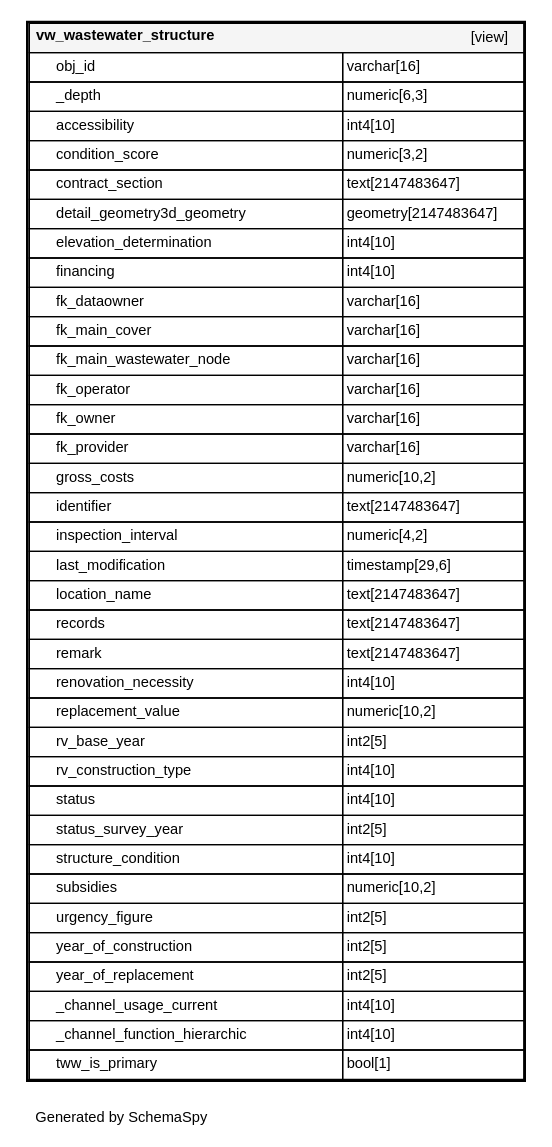
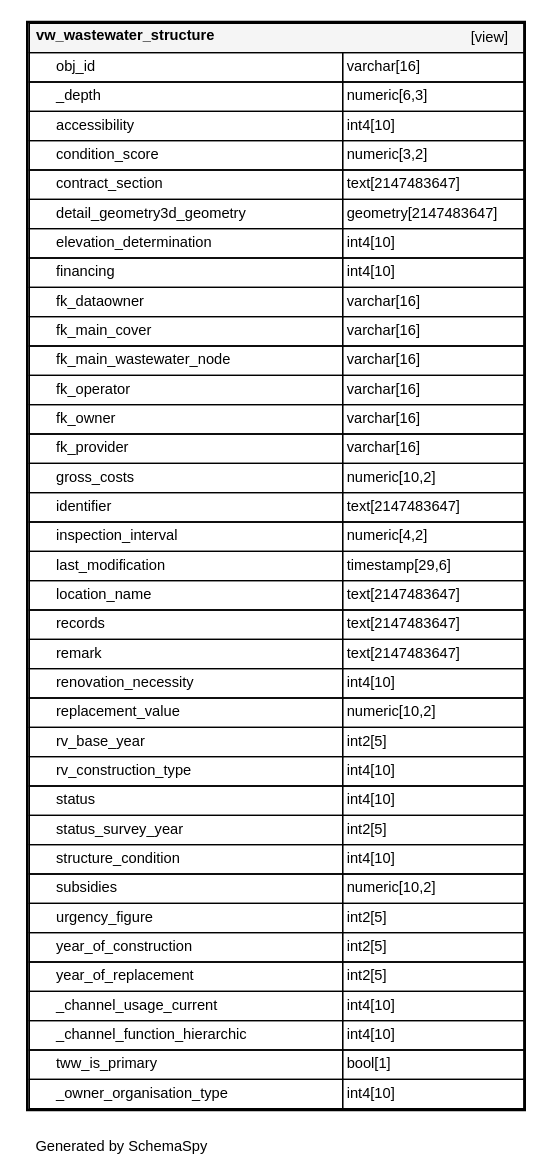
The diagram in de/_static/datamodel/tww_app/diagrams/tables/vw_wastewater_structure.1degree.dot (teksi/wastewater), drawn with Graphviz before and after one commit. The commit also changed 269 other files, not shown here.

```diff
--- a/de/_static/datamodel/tww_app/diagrams/tables/vw_wastewater_structure.1degree.dot
+++ b/de/_static/datamodel/tww_app/diagrams/tables/vw_wastewater_structure.1degree.dot
@@ -1,47 +1,48 @@
 digraph "oneDegreeRelationshipsDiagram" {
   graph [    rankdir="RL"    bgcolor="#ffffff"    label="\nGenerated by SchemaSpy"    labeljust="l"    nodesep="0.18"    ranksep="0.46"    fontname="Helvetica"    fontsize="11"    packmode="graph"  ];  node [    fontname="Helvetica"    fontsize="11"    shape="plaintext"  ];  edge [    arrowsize="0.8"  ];
   "vw_wastewater_structure" [
    label=<
     <TABLE BORDER="2" CELLBORDER="1" CELLSPACING="0" BGCOLOR="#ffffff">
       <TR><TD COLSPAN="4"  BGCOLOR="#f5f5f5"><TABLE BORDER="0" CELLSPACING="0"><TR><TD ALIGN="LEFT" FIXEDSIZE="TRUE" WIDTH="187" HEIGHT="16"><B>vw_wastewater_structure</B></TD><TD ALIGN="RIGHT">[view]</TD></TR></TABLE></TD></TR>
       <TR><TD PORT="obj_id" COLSPAN="2" ALIGN="LEFT"><TABLE BORDER="0" CELLSPACING="0" ALIGN="LEFT"><TR ALIGN="LEFT"><TD ALIGN="LEFT" FIXEDSIZE="TRUE" WIDTH="15" HEIGHT="16"></TD><TD ALIGN="LEFT" FIXEDSIZE="TRUE" WIDTH="214" HEIGHT="16">obj_id</TD></TR></TABLE></TD><TD PORT="obj_id.type" ALIGN="LEFT">varchar[16]</TD></TR>
       <TR><TD PORT="_depth" COLSPAN="2" ALIGN="LEFT"><TABLE BORDER="0" CELLSPACING="0" ALIGN="LEFT"><TR ALIGN="LEFT"><TD ALIGN="LEFT" FIXEDSIZE="TRUE" WIDTH="15" HEIGHT="16"></TD><TD ALIGN="LEFT" FIXEDSIZE="TRUE" WIDTH="214" HEIGHT="16">_depth</TD></TR></TABLE></TD><TD PORT="_depth.type" ALIGN="LEFT">numeric[6,3]</TD></TR>
       <TR><TD PORT="accessibility" COLSPAN="2" ALIGN="LEFT"><TABLE BORDER="0" CELLSPACING="0" ALIGN="LEFT"><TR ALIGN="LEFT"><TD ALIGN="LEFT" FIXEDSIZE="TRUE" WIDTH="15" HEIGHT="16"></TD><TD ALIGN="LEFT" FIXEDSIZE="TRUE" WIDTH="214" HEIGHT="16">accessibility</TD></TR></TABLE></TD><TD PORT="accessibility.type" ALIGN="LEFT">int4[10]</TD></TR>
       <TR><TD PORT="condition_score" COLSPAN="2" ALIGN="LEFT"><TABLE BORDER="0" CELLSPACING="0" ALIGN="LEFT"><TR ALIGN="LEFT"><TD ALIGN="LEFT" FIXEDSIZE="TRUE" WIDTH="15" HEIGHT="16"></TD><TD ALIGN="LEFT" FIXEDSIZE="TRUE" WIDTH="214" HEIGHT="16">condition_score</TD></TR></TABLE></TD><TD PORT="condition_score.type" ALIGN="LEFT">numeric[3,2]</TD></TR>
       <TR><TD PORT="contract_section" COLSPAN="2" ALIGN="LEFT"><TABLE BORDER="0" CELLSPACING="0" ALIGN="LEFT"><TR ALIGN="LEFT"><TD ALIGN="LEFT" FIXEDSIZE="TRUE" WIDTH="15" HEIGHT="16"></TD><TD ALIGN="LEFT" FIXEDSIZE="TRUE" WIDTH="214" HEIGHT="16">contract_section</TD></TR></TABLE></TD><TD PORT="contract_section.type" ALIGN="LEFT">text[2147483647]</TD></TR>
       <TR><TD PORT="detail_geometry3d_geometry" COLSPAN="2" ALIGN="LEFT"><TABLE BORDER="0" CELLSPACING="0" ALIGN="LEFT"><TR ALIGN="LEFT"><TD ALIGN="LEFT" FIXEDSIZE="TRUE" WIDTH="15" HEIGHT="16"></TD><TD ALIGN="LEFT" FIXEDSIZE="TRUE" WIDTH="214" HEIGHT="16">detail_geometry3d_geometry</TD></TR></TABLE></TD><TD PORT="detail_geometry3d_geometry.type" ALIGN="LEFT">geometry[2147483647]</TD></TR>
       <TR><TD PORT="elevation_determination" COLSPAN="2" ALIGN="LEFT"><TABLE BORDER="0" CELLSPACING="0" ALIGN="LEFT"><TR ALIGN="LEFT"><TD ALIGN="LEFT" FIXEDSIZE="TRUE" WIDTH="15" HEIGHT="16"></TD><TD ALIGN="LEFT" FIXEDSIZE="TRUE" WIDTH="214" HEIGHT="16">elevation_determination</TD></TR></TABLE></TD><TD PORT="elevation_determination.type" ALIGN="LEFT">int4[10]</TD></TR>
       <TR><TD PORT="financing" COLSPAN="2" ALIGN="LEFT"><TABLE BORDER="0" CELLSPACING="0" ALIGN="LEFT"><TR ALIGN="LEFT"><TD ALIGN="LEFT" FIXEDSIZE="TRUE" WIDTH="15" HEIGHT="16"></TD><TD ALIGN="LEFT" FIXEDSIZE="TRUE" WIDTH="214" HEIGHT="16">financing</TD></TR></TABLE></TD><TD PORT="financing.type" ALIGN="LEFT">int4[10]</TD></TR>
       <TR><TD PORT="fk_dataowner" COLSPAN="2" ALIGN="LEFT"><TABLE BORDER="0" CELLSPACING="0" ALIGN="LEFT"><TR ALIGN="LEFT"><TD ALIGN="LEFT" FIXEDSIZE="TRUE" WIDTH="15" HEIGHT="16"></TD><TD ALIGN="LEFT" FIXEDSIZE="TRUE" WIDTH="214" HEIGHT="16">fk_dataowner</TD></TR></TABLE></TD><TD PORT="fk_dataowner.type" ALIGN="LEFT">varchar[16]</TD></TR>
       <TR><TD PORT="fk_main_cover" COLSPAN="2" ALIGN="LEFT"><TABLE BORDER="0" CELLSPACING="0" ALIGN="LEFT"><TR ALIGN="LEFT"><TD ALIGN="LEFT" FIXEDSIZE="TRUE" WIDTH="15" HEIGHT="16"></TD><TD ALIGN="LEFT" FIXEDSIZE="TRUE" WIDTH="214" HEIGHT="16">fk_main_cover</TD></TR></TABLE></TD><TD PORT="fk_main_cover.type" ALIGN="LEFT">varchar[16]</TD></TR>
       <TR><TD PORT="fk_main_wastewater_node" COLSPAN="2" ALIGN="LEFT"><TABLE BORDER="0" CELLSPACING="0" ALIGN="LEFT"><TR ALIGN="LEFT"><TD ALIGN="LEFT" FIXEDSIZE="TRUE" WIDTH="15" HEIGHT="16"></TD><TD ALIGN="LEFT" FIXEDSIZE="TRUE" WIDTH="214" HEIGHT="16">fk_main_wastewater_node</TD></TR></TABLE></TD><TD PORT="fk_main_wastewater_node.type" ALIGN="LEFT">varchar[16]</TD></TR>
       <TR><TD PORT="fk_operator" COLSPAN="2" ALIGN="LEFT"><TABLE BORDER="0" CELLSPACING="0" ALIGN="LEFT"><TR ALIGN="LEFT"><TD ALIGN="LEFT" FIXEDSIZE="TRUE" WIDTH="15" HEIGHT="16"></TD><TD ALIGN="LEFT" FIXEDSIZE="TRUE" WIDTH="214" HEIGHT="16">fk_operator</TD></TR></TABLE></TD><TD PORT="fk_operator.type" ALIGN="LEFT">varchar[16]</TD></TR>
       <TR><TD PORT="fk_owner" COLSPAN="2" ALIGN="LEFT"><TABLE BORDER="0" CELLSPACING="0" ALIGN="LEFT"><TR ALIGN="LEFT"><TD ALIGN="LEFT" FIXEDSIZE="TRUE" WIDTH="15" HEIGHT="16"></TD><TD ALIGN="LEFT" FIXEDSIZE="TRUE" WIDTH="214" HEIGHT="16">fk_owner</TD></TR></TABLE></TD><TD PORT="fk_owner.type" ALIGN="LEFT">varchar[16]</TD></TR>
       <TR><TD PORT="fk_provider" COLSPAN="2" ALIGN="LEFT"><TABLE BORDER="0" CELLSPACING="0" ALIGN="LEFT"><TR ALIGN="LEFT"><TD ALIGN="LEFT" FIXEDSIZE="TRUE" WIDTH="15" HEIGHT="16"></TD><TD ALIGN="LEFT" FIXEDSIZE="TRUE" WIDTH="214" HEIGHT="16">fk_provider</TD></TR></TABLE></TD><TD PORT="fk_provider.type" ALIGN="LEFT">varchar[16]</TD></TR>
       <TR><TD PORT="gross_costs" COLSPAN="2" ALIGN="LEFT"><TABLE BORDER="0" CELLSPACING="0" ALIGN="LEFT"><TR ALIGN="LEFT"><TD ALIGN="LEFT" FIXEDSIZE="TRUE" WIDTH="15" HEIGHT="16"></TD><TD ALIGN="LEFT" FIXEDSIZE="TRUE" WIDTH="214" HEIGHT="16">gross_costs</TD></TR></TABLE></TD><TD PORT="gross_costs.type" ALIGN="LEFT">numeric[10,2]</TD></TR>
       <TR><TD PORT="identifier" COLSPAN="2" ALIGN="LEFT"><TABLE BORDER="0" CELLSPACING="0" ALIGN="LEFT"><TR ALIGN="LEFT"><TD ALIGN="LEFT" FIXEDSIZE="TRUE" WIDTH="15" HEIGHT="16"></TD><TD ALIGN="LEFT" FIXEDSIZE="TRUE" WIDTH="214" HEIGHT="16">identifier</TD></TR></TABLE></TD><TD PORT="identifier.type" ALIGN="LEFT">text[2147483647]</TD></TR>
       <TR><TD PORT="inspection_interval" COLSPAN="2" ALIGN="LEFT"><TABLE BORDER="0" CELLSPACING="0" ALIGN="LEFT"><TR ALIGN="LEFT"><TD ALIGN="LEFT" FIXEDSIZE="TRUE" WIDTH="15" HEIGHT="16"></TD><TD ALIGN="LEFT" FIXEDSIZE="TRUE" WIDTH="214" HEIGHT="16">inspection_interval</TD></TR></TABLE></TD><TD PORT="inspection_interval.type" ALIGN="LEFT">numeric[4,2]</TD></TR>
       <TR><TD PORT="last_modification" COLSPAN="2" ALIGN="LEFT"><TABLE BORDER="0" CELLSPACING="0" ALIGN="LEFT"><TR ALIGN="LEFT"><TD ALIGN="LEFT" FIXEDSIZE="TRUE" WIDTH="15" HEIGHT="16"></TD><TD ALIGN="LEFT" FIXEDSIZE="TRUE" WIDTH="214" HEIGHT="16">last_modification</TD></TR></TABLE></TD><TD PORT="last_modification.type" ALIGN="LEFT">timestamp[29,6]</TD></TR>
       <TR><TD PORT="location_name" COLSPAN="2" ALIGN="LEFT"><TABLE BORDER="0" CELLSPACING="0" ALIGN="LEFT"><TR ALIGN="LEFT"><TD ALIGN="LEFT" FIXEDSIZE="TRUE" WIDTH="15" HEIGHT="16"></TD><TD ALIGN="LEFT" FIXEDSIZE="TRUE" WIDTH="214" HEIGHT="16">location_name</TD></TR></TABLE></TD><TD PORT="location_name.type" ALIGN="LEFT">text[2147483647]</TD></TR>
       <TR><TD PORT="records" COLSPAN="2" ALIGN="LEFT"><TABLE BORDER="0" CELLSPACING="0" ALIGN="LEFT"><TR ALIGN="LEFT"><TD ALIGN="LEFT" FIXEDSIZE="TRUE" WIDTH="15" HEIGHT="16"></TD><TD ALIGN="LEFT" FIXEDSIZE="TRUE" WIDTH="214" HEIGHT="16">records</TD></TR></TABLE></TD><TD PORT="records.type" ALIGN="LEFT">text[2147483647]</TD></TR>
       <TR><TD PORT="remark" COLSPAN="2" ALIGN="LEFT"><TABLE BORDER="0" CELLSPACING="0" ALIGN="LEFT"><TR ALIGN="LEFT"><TD ALIGN="LEFT" FIXEDSIZE="TRUE" WIDTH="15" HEIGHT="16"></TD><TD ALIGN="LEFT" FIXEDSIZE="TRUE" WIDTH="214" HEIGHT="16">remark</TD></TR></TABLE></TD><TD PORT="remark.type" ALIGN="LEFT">text[2147483647]</TD></TR>
       <TR><TD PORT="renovation_necessity" COLSPAN="2" ALIGN="LEFT"><TABLE BORDER="0" CELLSPACING="0" ALIGN="LEFT"><TR ALIGN="LEFT"><TD ALIGN="LEFT" FIXEDSIZE="TRUE" WIDTH="15" HEIGHT="16"></TD><TD ALIGN="LEFT" FIXEDSIZE="TRUE" WIDTH="214" HEIGHT="16">renovation_necessity</TD></TR></TABLE></TD><TD PORT="renovation_necessity.type" ALIGN="LEFT">int4[10]</TD></TR>
       <TR><TD PORT="replacement_value" COLSPAN="2" ALIGN="LEFT"><TABLE BORDER="0" CELLSPACING="0" ALIGN="LEFT"><TR ALIGN="LEFT"><TD ALIGN="LEFT" FIXEDSIZE="TRUE" WIDTH="15" HEIGHT="16"></TD><TD ALIGN="LEFT" FIXEDSIZE="TRUE" WIDTH="214" HEIGHT="16">replacement_value</TD></TR></TABLE></TD><TD PORT="replacement_value.type" ALIGN="LEFT">numeric[10,2]</TD></TR>
       <TR><TD PORT="rv_base_year" COLSPAN="2" ALIGN="LEFT"><TABLE BORDER="0" CELLSPACING="0" ALIGN="LEFT"><TR ALIGN="LEFT"><TD ALIGN="LEFT" FIXEDSIZE="TRUE" WIDTH="15" HEIGHT="16"></TD><TD ALIGN="LEFT" FIXEDSIZE="TRUE" WIDTH="214" HEIGHT="16">rv_base_year</TD></TR></TABLE></TD><TD PORT="rv_base_year.type" ALIGN="LEFT">int2[5]</TD></TR>
       <TR><TD PORT="rv_construction_type" COLSPAN="2" ALIGN="LEFT"><TABLE BORDER="0" CELLSPACING="0" ALIGN="LEFT"><TR ALIGN="LEFT"><TD ALIGN="LEFT" FIXEDSIZE="TRUE" WIDTH="15" HEIGHT="16"></TD><TD ALIGN="LEFT" FIXEDSIZE="TRUE" WIDTH="214" HEIGHT="16">rv_construction_type</TD></TR></TABLE></TD><TD PORT="rv_construction_type.type" ALIGN="LEFT">int4[10]</TD></TR>
       <TR><TD PORT="status" COLSPAN="2" ALIGN="LEFT"><TABLE BORDER="0" CELLSPACING="0" ALIGN="LEFT"><TR ALIGN="LEFT"><TD ALIGN="LEFT" FIXEDSIZE="TRUE" WIDTH="15" HEIGHT="16"></TD><TD ALIGN="LEFT" FIXEDSIZE="TRUE" WIDTH="214" HEIGHT="16">status</TD></TR></TABLE></TD><TD PORT="status.type" ALIGN="LEFT">int4[10]</TD></TR>
       <TR><TD PORT="status_survey_year" COLSPAN="2" ALIGN="LEFT"><TABLE BORDER="0" CELLSPACING="0" ALIGN="LEFT"><TR ALIGN="LEFT"><TD ALIGN="LEFT" FIXEDSIZE="TRUE" WIDTH="15" HEIGHT="16"></TD><TD ALIGN="LEFT" FIXEDSIZE="TRUE" WIDTH="214" HEIGHT="16">status_survey_year</TD></TR></TABLE></TD><TD PORT="status_survey_year.type" ALIGN="LEFT">int2[5]</TD></TR>
       <TR><TD PORT="structure_condition" COLSPAN="2" ALIGN="LEFT"><TABLE BORDER="0" CELLSPACING="0" ALIGN="LEFT"><TR ALIGN="LEFT"><TD ALIGN="LEFT" FIXEDSIZE="TRUE" WIDTH="15" HEIGHT="16"></TD><TD ALIGN="LEFT" FIXEDSIZE="TRUE" WIDTH="214" HEIGHT="16">structure_condition</TD></TR></TABLE></TD><TD PORT="structure_condition.type" ALIGN="LEFT">int4[10]</TD></TR>
       <TR><TD PORT="subsidies" COLSPAN="2" ALIGN="LEFT"><TABLE BORDER="0" CELLSPACING="0" ALIGN="LEFT"><TR ALIGN="LEFT"><TD ALIGN="LEFT" FIXEDSIZE="TRUE" WIDTH="15" HEIGHT="16"></TD><TD ALIGN="LEFT" FIXEDSIZE="TRUE" WIDTH="214" HEIGHT="16">subsidies</TD></TR></TABLE></TD><TD PORT="subsidies.type" ALIGN="LEFT">numeric[10,2]</TD></TR>
       <TR><TD PORT="urgency_figure" COLSPAN="2" ALIGN="LEFT"><TABLE BORDER="0" CELLSPACING="0" ALIGN="LEFT"><TR ALIGN="LEFT"><TD ALIGN="LEFT" FIXEDSIZE="TRUE" WIDTH="15" HEIGHT="16"></TD><TD ALIGN="LEFT" FIXEDSIZE="TRUE" WIDTH="214" HEIGHT="16">urgency_figure</TD></TR></TABLE></TD><TD PORT="urgency_figure.type" ALIGN="LEFT">int2[5]</TD></TR>
       <TR><TD PORT="year_of_construction" COLSPAN="2" ALIGN="LEFT"><TABLE BORDER="0" CELLSPACING="0" ALIGN="LEFT"><TR ALIGN="LEFT"><TD ALIGN="LEFT" FIXEDSIZE="TRUE" WIDTH="15" HEIGHT="16"></TD><TD ALIGN="LEFT" FIXEDSIZE="TRUE" WIDTH="214" HEIGHT="16">year_of_construction</TD></TR></TABLE></TD><TD PORT="year_of_construction.type" ALIGN="LEFT">int2[5]</TD></TR>
       <TR><TD PORT="year_of_replacement" COLSPAN="2" ALIGN="LEFT"><TABLE BORDER="0" CELLSPACING="0" ALIGN="LEFT"><TR ALIGN="LEFT"><TD ALIGN="LEFT" FIXEDSIZE="TRUE" WIDTH="15" HEIGHT="16"></TD><TD ALIGN="LEFT" FIXEDSIZE="TRUE" WIDTH="214" HEIGHT="16">year_of_replacement</TD></TR></TABLE></TD><TD PORT="year_of_replacement.type" ALIGN="LEFT">int2[5]</TD></TR>
       <TR><TD PORT="_channel_usage_current" COLSPAN="2" ALIGN="LEFT"><TABLE BORDER="0" CELLSPACING="0" ALIGN="LEFT"><TR ALIGN="LEFT"><TD ALIGN="LEFT" FIXEDSIZE="TRUE" WIDTH="15" HEIGHT="16"></TD><TD ALIGN="LEFT" FIXEDSIZE="TRUE" WIDTH="214" HEIGHT="16">_channel_usage_current</TD></TR></TABLE></TD><TD PORT="_channel_usage_current.type" ALIGN="LEFT">int4[10]</TD></TR>
       <TR><TD PORT="_channel_function_hierarchic" COLSPAN="2" ALIGN="LEFT"><TABLE BORDER="0" CELLSPACING="0" ALIGN="LEFT"><TR ALIGN="LEFT"><TD ALIGN="LEFT" FIXEDSIZE="TRUE" WIDTH="15" HEIGHT="16"></TD><TD ALIGN="LEFT" FIXEDSIZE="TRUE" WIDTH="214" HEIGHT="16">_channel_function_hierarchic</TD></TR></TABLE></TD><TD PORT="_channel_function_hierarchic.type" ALIGN="LEFT">int4[10]</TD></TR>
       <TR><TD PORT="tww_is_primary" COLSPAN="2" ALIGN="LEFT"><TABLE BORDER="0" CELLSPACING="0" ALIGN="LEFT"><TR ALIGN="LEFT"><TD ALIGN="LEFT" FIXEDSIZE="TRUE" WIDTH="15" HEIGHT="16"></TD><TD ALIGN="LEFT" FIXEDSIZE="TRUE" WIDTH="214" HEIGHT="16">tww_is_primary</TD></TR></TABLE></TD><TD PORT="tww_is_primary.type" ALIGN="LEFT">bool[1]</TD></TR>
+      <TR><TD PORT="_owner_organisation_type" COLSPAN="2" ALIGN="LEFT"><TABLE BORDER="0" CELLSPACING="0" ALIGN="LEFT"><TR ALIGN="LEFT"><TD ALIGN="LEFT" FIXEDSIZE="TRUE" WIDTH="15" HEIGHT="16"></TD><TD ALIGN="LEFT" FIXEDSIZE="TRUE" WIDTH="214" HEIGHT="16">_owner_organisation_type</TD></TR></TABLE></TD><TD PORT="_owner_organisation_type.type" ALIGN="LEFT">int4[10]</TD></TR>
     </TABLE>>
     URL="../../tables/vw_wastewater_structure.html"
     target="_top"
     tooltip="vw_wastewater_structure"
   ];
 }
```
